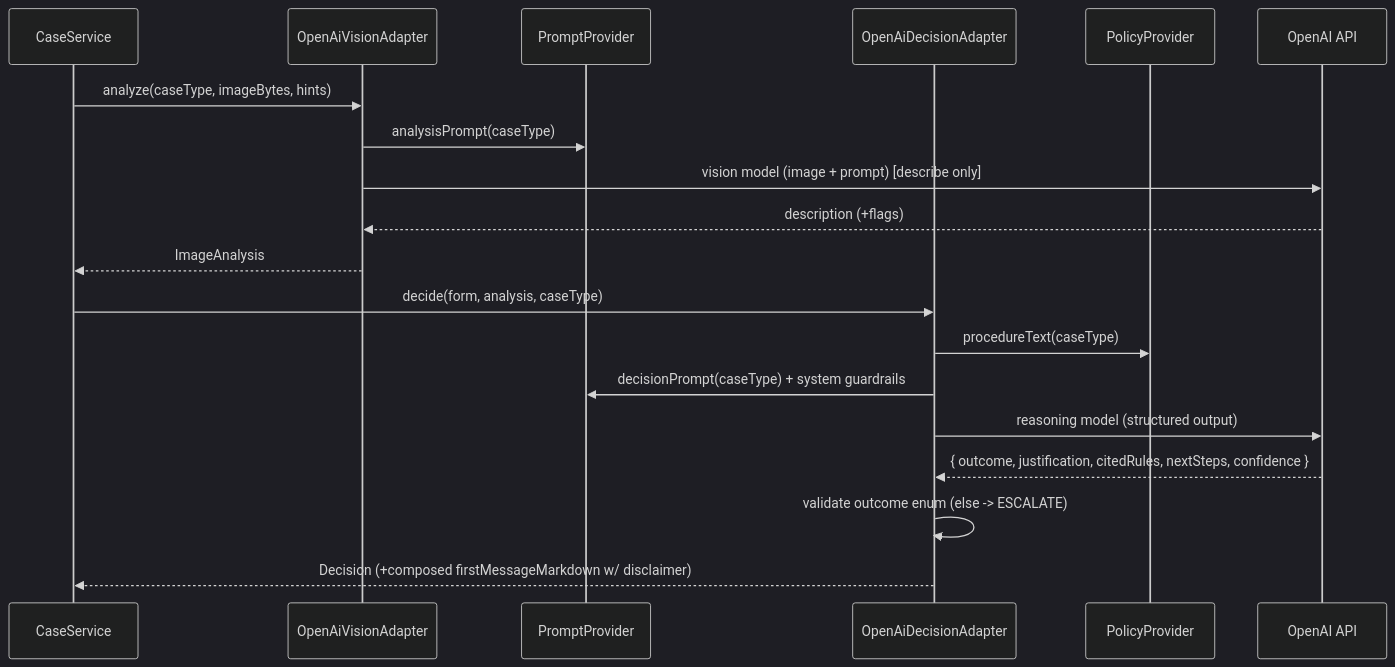
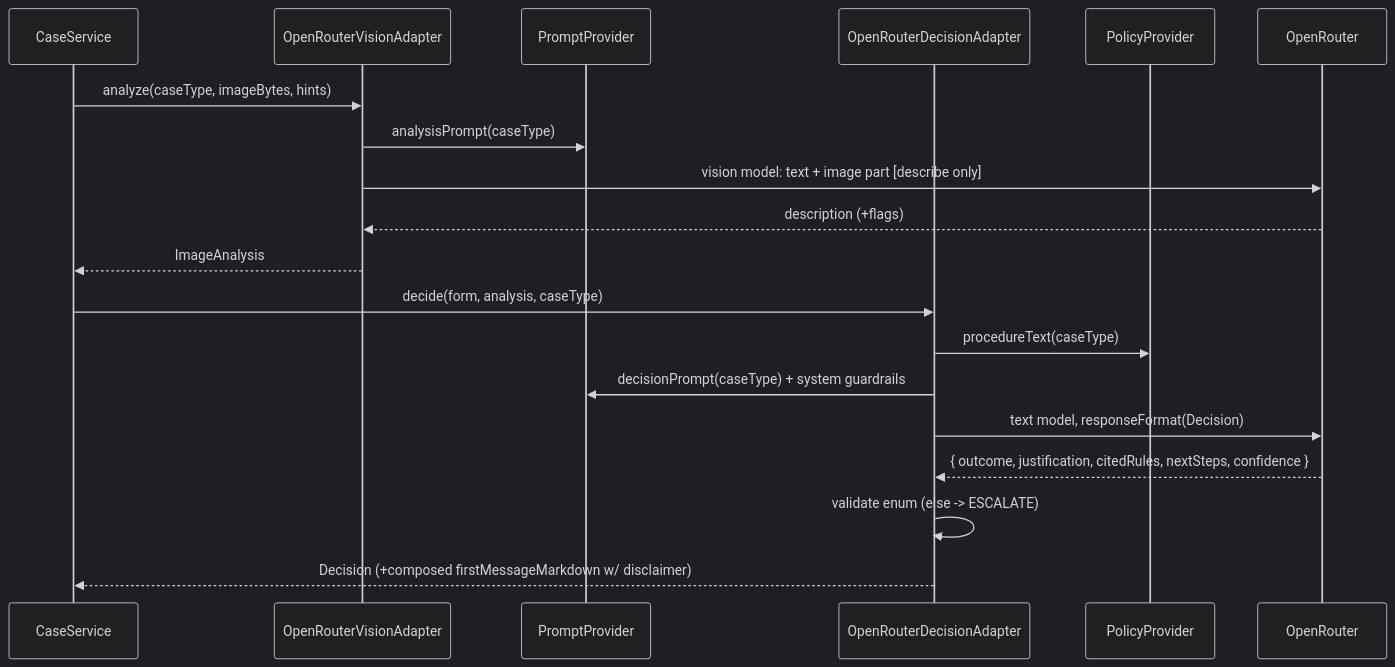
One commit to marcinws/AI-Programming-Course-NBP-22-06-2026 changed the second of 3 diagrams in docs/ADR/003-ai-llm-integration.md. Above: the diagram before and after it, drawn with Mermaid (dark theme). The commit also changed other lines of this file and 5 other files, not shown here.

````diff
--- a/docs/ADR/003-ai-llm-integration.md
+++ b/docs/ADR/003-ai-llm-integration.md
@@ -126,21 +127,21 @@
 ```mermaid
 sequenceDiagram
     participant S as CaseService
-    participant V as OpenAiVisionAdapter
+    participant V as OpenRouterVisionAdapter
     participant PP as PromptProvider
-    participant D as OpenAiDecisionAdapter
+    participant D as OpenRouterDecisionAdapter
     participant POL as PolicyProvider
-    participant O as OpenAI API
+    participant OR as OpenRouter
     S->>V: analyze(caseType, imageBytes, hints)
     V->>PP: analysisPrompt(caseType)
-    V->>O: vision model (image + prompt) [describe only]
-    O-->>V: description (+flags)
+    V->>OR: vision model: text + image part [describe only]
+    OR-->>V: description (+flags)
     V-->>S: ImageAnalysis
     S->>D: decide(form, analysis, caseType)
     D->>POL: procedureText(caseType)
     D->>PP: decisionPrompt(caseType) + system guardrails
-    D->>O: reasoning model (structured output)
-    O-->>D: { outcome, justification, citedRules, nextSteps, confidence }
-    D->>D: validate outcome enum (else -> ESCALATE)
+    D->>OR: text model, responseFormat(Decision)
+    OR-->>D: { outcome, justification, citedRules, nextSteps, confidence }
+    D->>D: validate enum (else -> ESCALATE)
     D-->>S: Decision (+composed firstMessageMarkdown w/ disclaimer)
 ```
````
